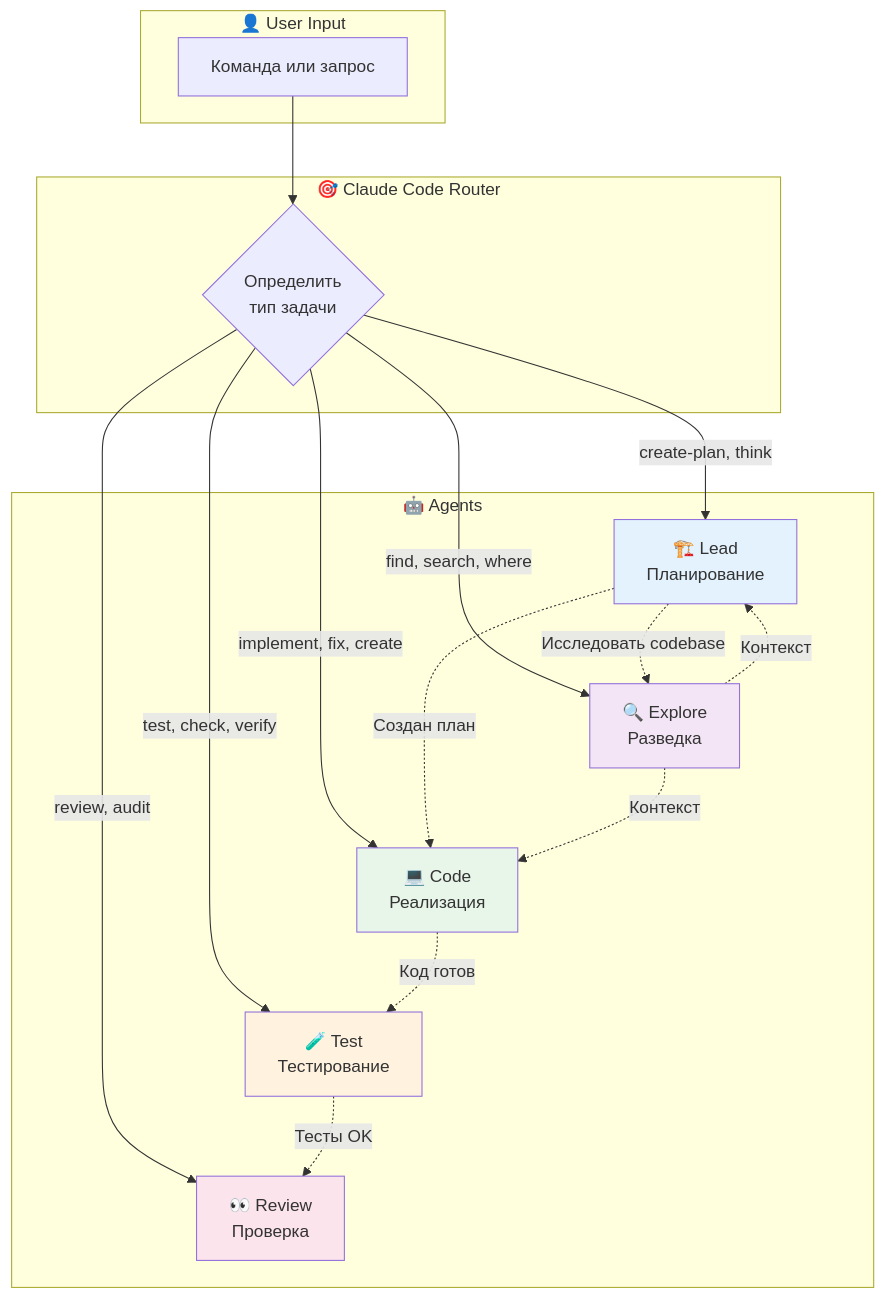
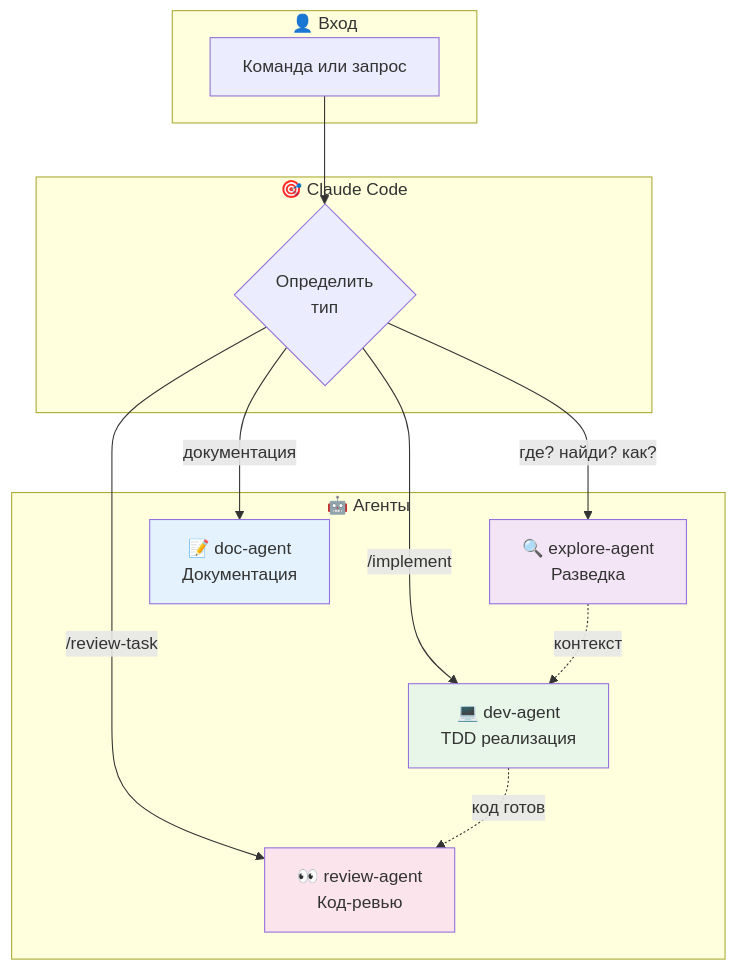
The ninth of 9 diagrams in SCENARIOS.md (nikitaCodeSave/Claude-Code-Kit), drawn with Mermaid before and after one commit. The commit also changed other lines of this file and 32 other files, not shown here.

````diff
--- a/SCENARIOS.md
+++ b/SCENARIOS.md
@@ -541,40 +350,32 @@
 ```mermaid
 flowchart TB
-    subgraph User["👤 User Input"]
+    subgraph Input["👤 Вход"]
         CMD[Команда или запрос]
     end
-    
-    subgraph Router["🎯 Claude Code Router"]
-        DETECT{Определить<br/>тип задачи}
+
+    subgraph Router["🎯 Claude Code"]
+        DETECT{Определить<br/>тип}
     end
-    
-    subgraph Agents["🤖 Agents"]
-        LEAD[🏗️ Lead<br/>Планирование]
-        EXPLORE[🔍 Explore<br/>Разведка]
-        CODE[💻 Code<br/>Реализация]
-        TEST[🧪 Test<br/>Тестирование]
-        REVIEW[👀 Review<br/>Проверка]
+
+    subgraph Agents["🤖 Агенты"]
+        DEV[💻 dev-agent<br/>TDD реализация]
+        REVIEW[👀 review-agent<br/>Код-ревью]
+        EXPLORE[🔍 explore-agent<br/>Разведка]
+        DOC[📝 doc-agent<br/>Документация]
     end
-    
+
     CMD --> DETECT
-    
-    DETECT -->|create-plan, think| LEAD
-    DETECT -->|find, search, where| EXPLORE
-    DETECT -->|implement, fix, create| CODE
-    DETECT -->|test, check, verify| TEST
-    DETECT -->|review, audit| REVIEW
-    
-    LEAD -.->|"Исследовать codebase"| EXPLORE
-    LEAD -.->|"Создан план"| CODE
-    CODE -.->|"Код готов"| TEST
-    TEST -.->|"Тесты OK"| REVIEW
-    
-    EXPLORE -.->|"Контекст"| LEAD
-    EXPLORE -.->|"Контекст"| CODE
-    
-    style LEAD fill:#e3f2fd
+
+    DETECT -->|/implement| DEV
+    DETECT -->|/review-task| REVIEW
+    DETECT -->|"где? найди? как?"| EXPLORE
+    DETECT -->|"документация"| DOC
+
+    EXPLORE -.->|контекст| DEV
+    DEV -.->|код готов| REVIEW
+
+    style DEV fill:#e8f5e9
+    style REVIEW fill:#fce4ec
     style EXPLORE fill:#f3e5f5
-    style CODE fill:#e8f5e9
-    style TEST fill:#fff3e0
-    style REVIEW fill:#fce4ec
+    style DOC fill:#e3f2fd
 ```
````
